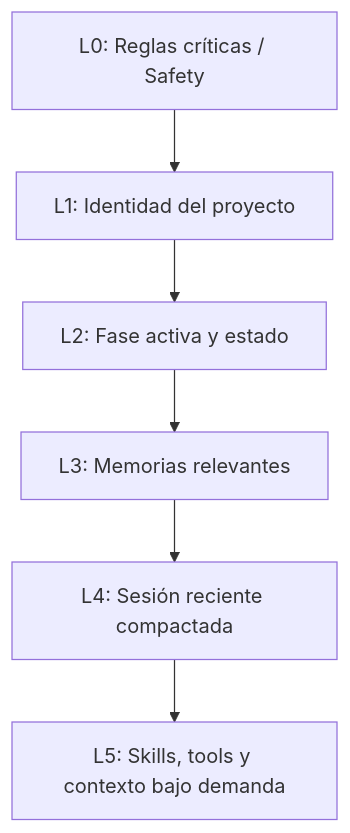
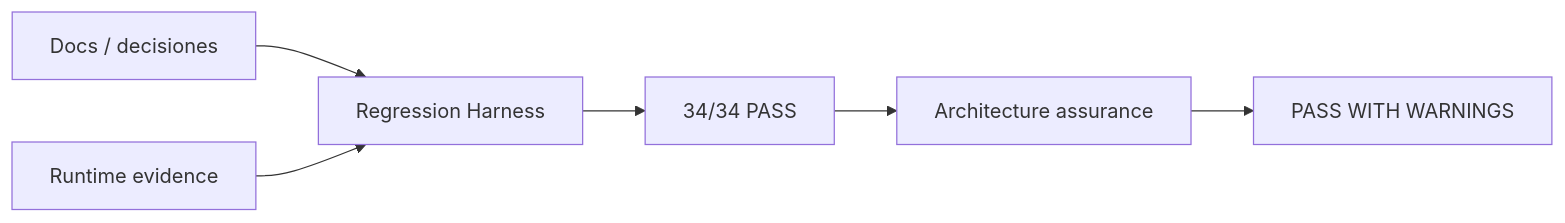
One commit to harrysxavio/opencode-architecture changed the seventh of 9 diagrams in README.md. Above: the diagram before and after it, drawn with Mermaid. The commit also changed other lines of this file and 5 other files, not shown here.

````diff
--- a/README.md
+++ b/README.md
@@ -360,10 +486,8 @@
 ```mermaid
-flowchart TB
-    L0[L0: Reglas críticas / Safety]
-    L1[L1: Identidad del proyecto]
-    L2[L2: Fase activa y estado]
-    L3[L3: Memorias relevantes]
-    L4[L4: Sesión reciente compactada]
-    L5[L5: Skills, tools y contexto bajo demanda]
-    L0 --> L1 --> L2 --> L3 --> L4 --> L5
+flowchart LR
+    D[Docs / decisiones] --> H[Regression Harness]
+    R[Runtime evidence] --> H
+    H --> PASS[34/34 PASS]
+    PASS --> A[Architecture assurance]
+    A --> W[PASS WITH WARNINGS]
 ```
````
